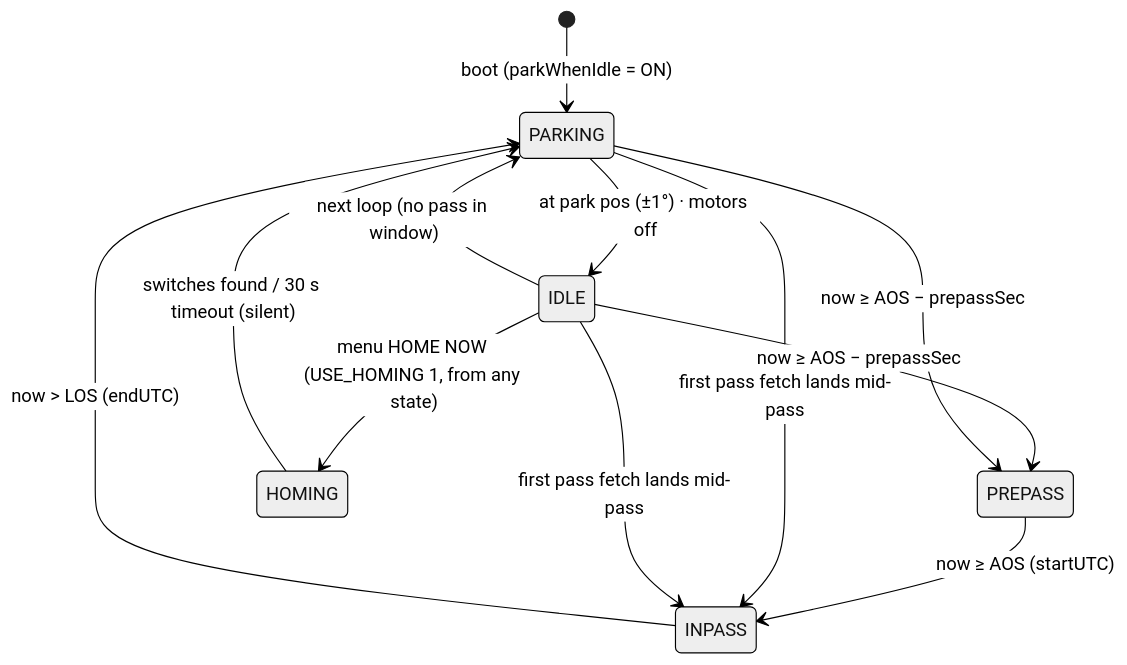
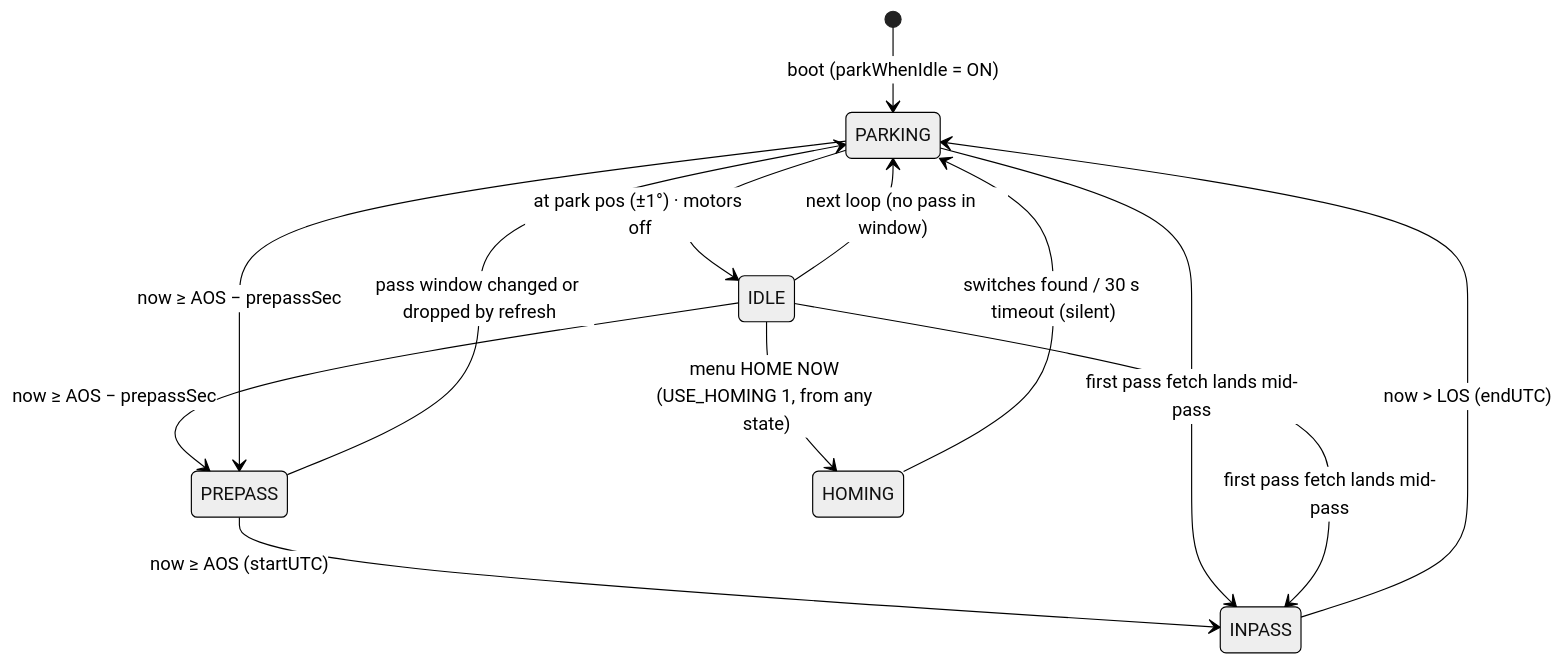
The first of 3 diagrams in docs/SATELLITE_TRACKER_GUIDE.md (rodrisan/ardusat-tracker), drawn with Mermaid (neutral theme) before and after one commit. The commit also changed other lines of this file and 3 other files, not shown here.

````diff
--- a/docs/SATELLITE_TRACKER_GUIDE.md
+++ b/docs/SATELLITE_TRACKER_GUIDE.md
@@ -373,14 +374,15 @@
 ```mermaid
 stateDiagram-v2
     [*] --> PARKING: boot (parkWhenIdle = ON)
     PARKING --> IDLE: at park pos (±1°) · motors off
     IDLE --> PARKING: next loop (no pass in window)
     IDLE --> PREPASS: now ≥ AOS − prepassSec
     PARKING --> PREPASS: now ≥ AOS − prepassSec
     PREPASS --> INPASS: now ≥ AOS (startUTC)
+    PREPASS --> PARKING: pass window changed or dropped by refresh
     PARKING --> INPASS: first pass fetch lands mid-pass
     IDLE --> INPASS: first pass fetch lands mid-pass
     INPASS --> PARKING: now > LOS (endUTC)
     IDLE --> HOMING: menu HOME NOW (USE_HOMING 1, from any state)
     HOMING --> PARKING: switches found / 30 s timeout (silent)
 ```
````
